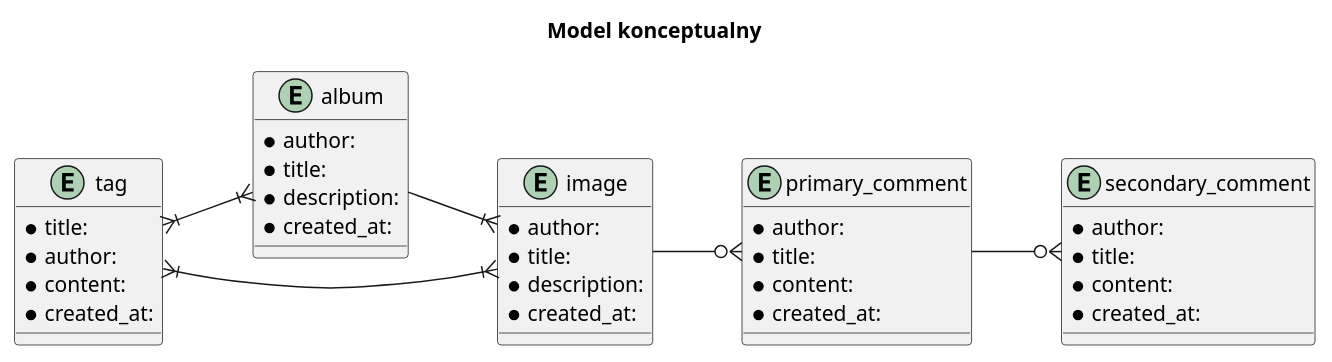
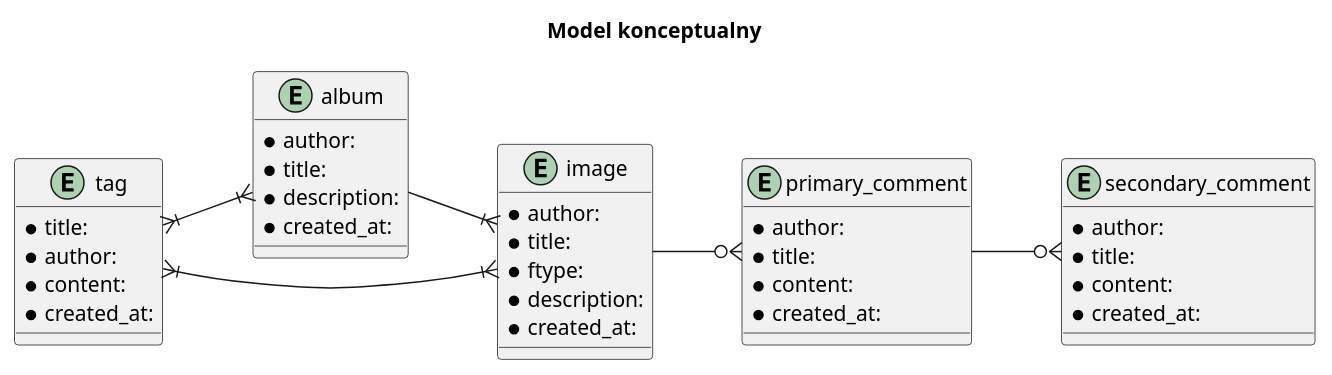
One commit to paiGallery3G/db_models changed the diagram in conceptual.puml. Above: the diagram before and after it, drawn with PlantUML.

```diff
--- a/conceptual.puml
+++ b/conceptual.puml
@@ -1,51 +1,52 @@
 @startuml
 
 left to right direction
 ' Horizontal lines:
 ' Vertical lines: -->, <--, <-->, ->, -|{, <->
 title Model konceptualny
 
 
 entity album {
   * author:
   * title:
   * description:
   * created_at:
 }
 
 entity image {
   * author:
   * title:
+  * ftype:
   * description:
   * created_at:
 }
 
 entity primary_comment{
   * author:
   * title:
   * content:
   * created_at:
 }
 
 entity secondary_comment{
   * author:
   * title:
   * content:
   * created_at:
 }
 
 entity tag{
   * title:
   * author:
   * content:
   * created_at:
 }
 
 album --|{ image
 image   --o{ primary_comment
 primary_comment --o{ secondary_comment
 
 tag }|--|{ image
 tag }|--|{ album
 
 @enduml
```
